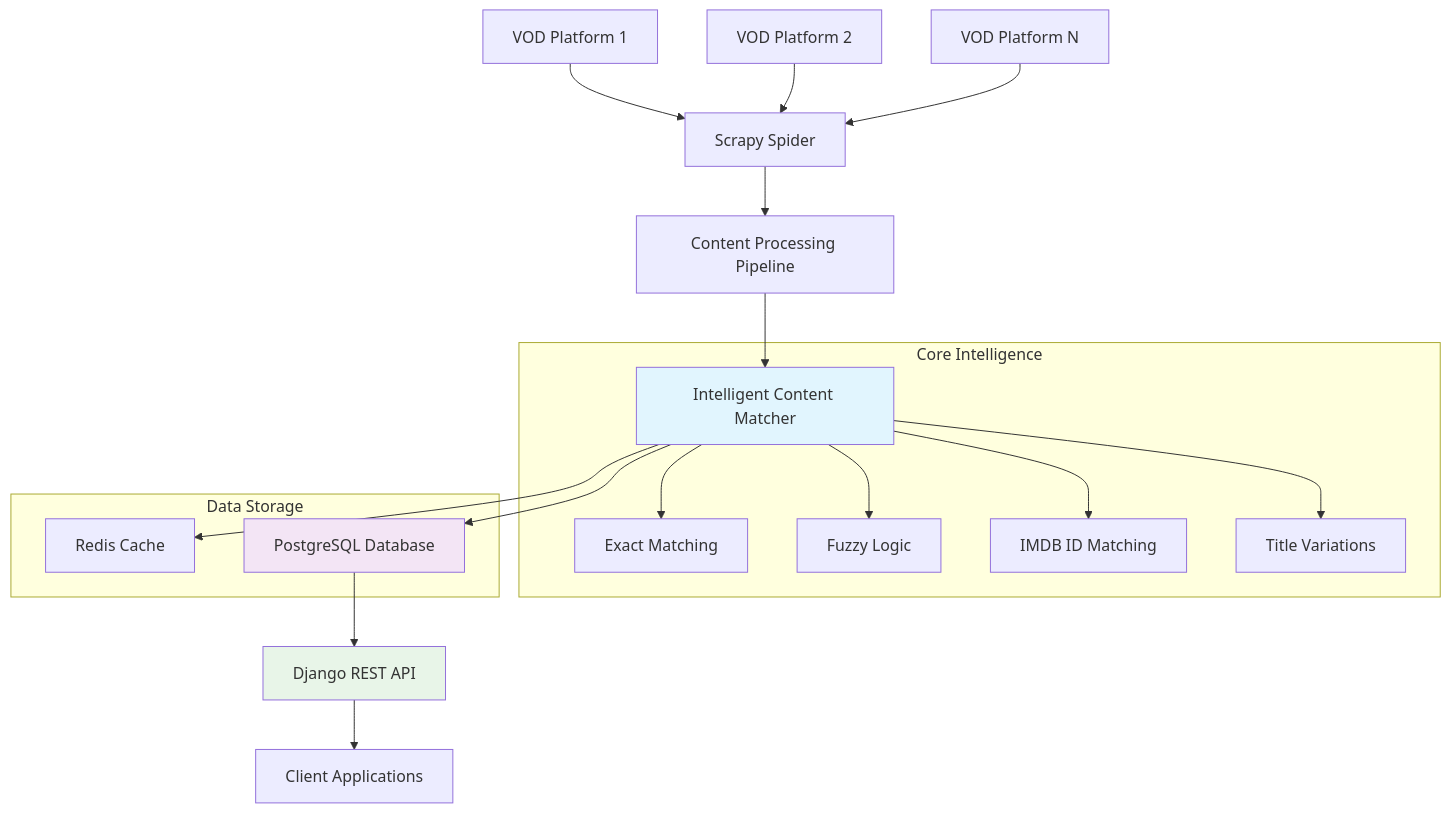
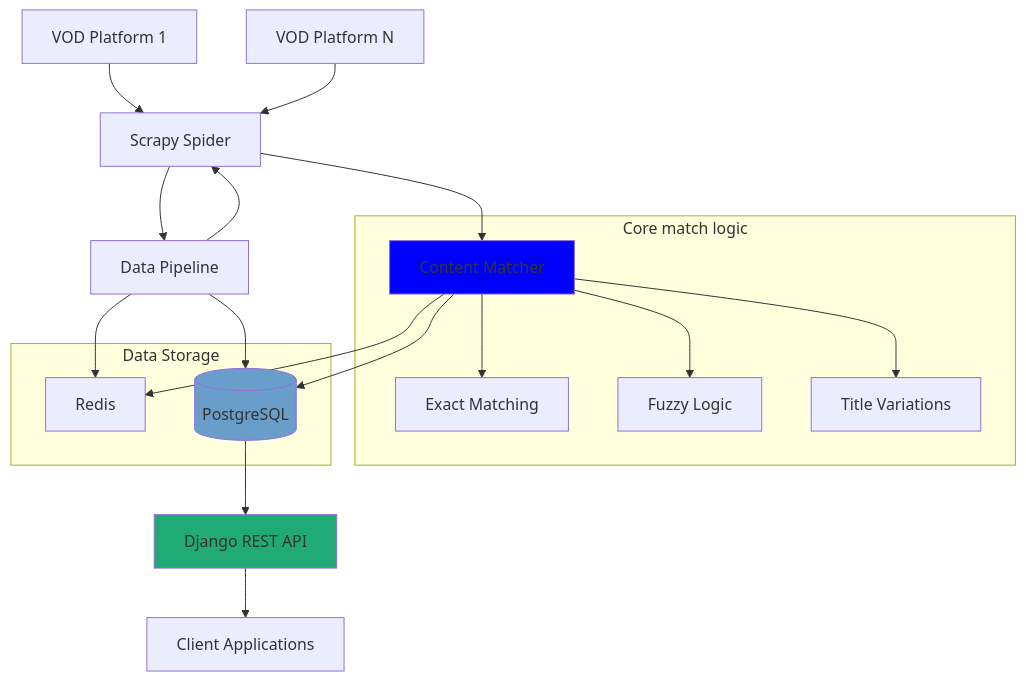
One commit to mo1ein/vod_scraper changed the diagram in README.md. Above: the diagram before and after it, drawn with Mermaid. The commit also changed other lines of this file, not shown here.

````diff
--- a/README.md
+++ b/README.md
@@ -8,30 +8,32 @@
 ```mermaid
 graph TB
     A[VOD Platform 1] --> B[Scrapy Spider]
     C[VOD Platform 2] --> B
     D[VOD Platform N] --> B
     
-    B --> E[Content Processing Pipeline]
-    E --> F[Intelligent Content Matcher]
-    F --> G[Redis Cache]
-    F --> H[PostgreSQL Database]
-    
-    H --> I[Django REST API]
+    B --> F[Content Matcher]
+    F --> G[Redis]
+    F --> PostgreSQL[(PostgreSQL)]
+    B --> C[Data Pipeline]
+    C[Data Pipeline] --> PostgreSQL[(PostgreSQL)]
+    C[Data Pipeline] --> G[Redis]
+
+
+    PostgreSQL[(PostgreSQL)] --> I[Django REST API]
     I --> J[Client Applications]
     
-    subgraph "Core Intelligence"
+    subgraph "Core match logic"
         F --> K[Exact Matching]
         F --> L[Fuzzy Logic]
-        F --> M[IMDB ID Matching]
         F --> N[Title Variations]
     end
     
     subgraph "Data Storage"
         G
-        H
+        PostgreSQL[(PostgreSQL)]
     end
     
-    style F fill:#e1f5fe
-    style H fill:#f3e5f5
-    style I fill:#e8f5e8
+    style F fill:blue
+    style I fill:#20aa76
+    style PostgreSQL fill:#699eca
 ```
````
